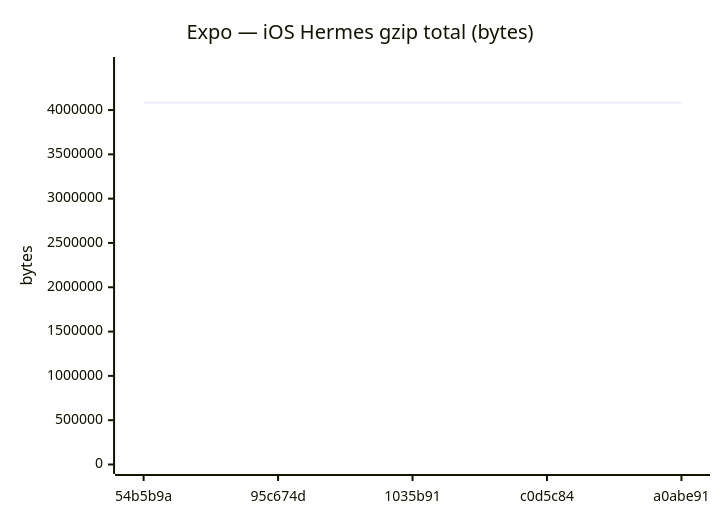
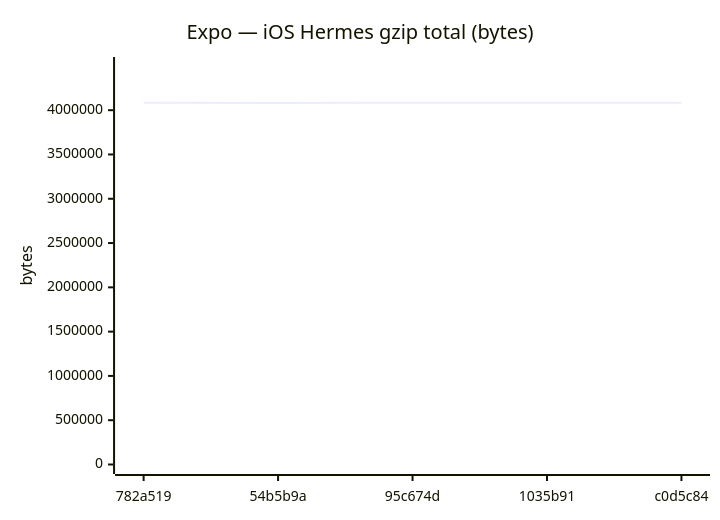
One commit to Metaheurist/Rianell changed diagram 12 of 18 in benchmarks/compare.md. Above: the diagram before and after it, drawn with Mermaid. The commit also changed other lines of this file and 11 other files, not shown here.

````diff
--- a/benchmarks/compare.md
+++ b/benchmarks/compare.md
@@ -179,7 +179,7 @@
 ```mermaid
 xychart-beta
     title "Expo — iOS Hermes gzip total (bytes)"
-    x-axis ["54b5b9a", "95c674d", "1035b91", "c0d5c84", "a0abe91"]
-    y-axis "bytes" 0 --> 4491419
-    line [4082348, 4083105, 4083108, 4083106, 4083107]
+    x-axis ["782a519", "54b5b9a", "95c674d", "1035b91", "c0d5c84"]
+    y-axis "bytes" 0 --> 4493145
+    line [4084677, 4082348, 4083105, 4083108, 4083106]
 ```
````
